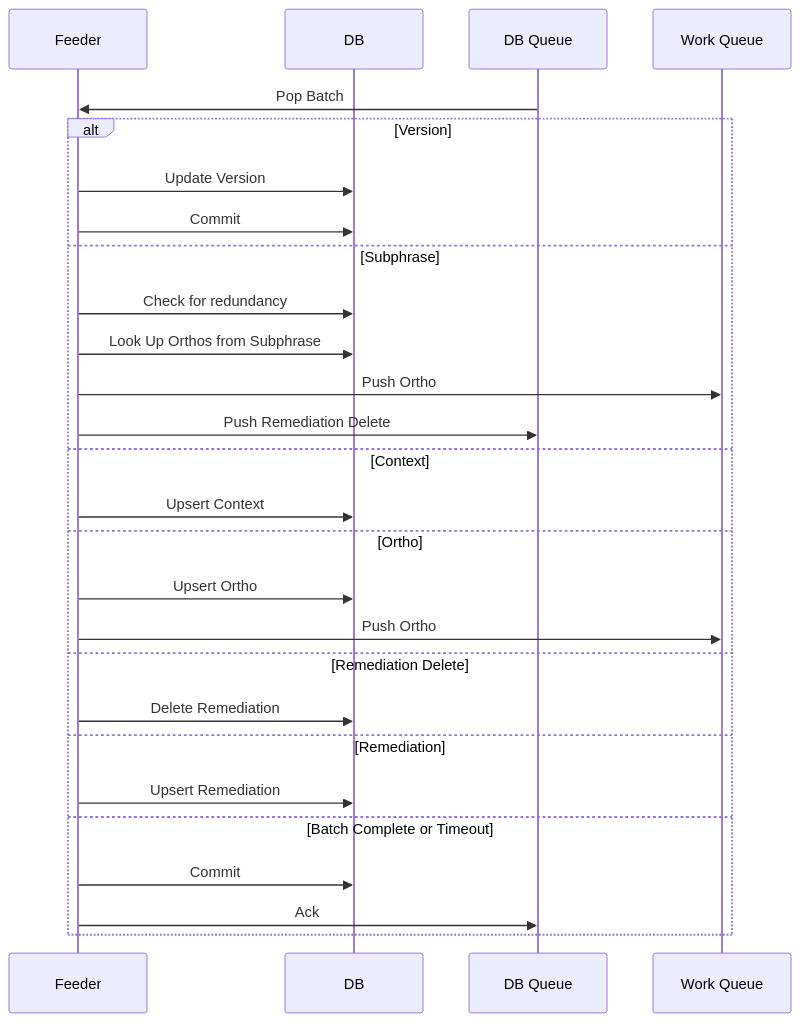
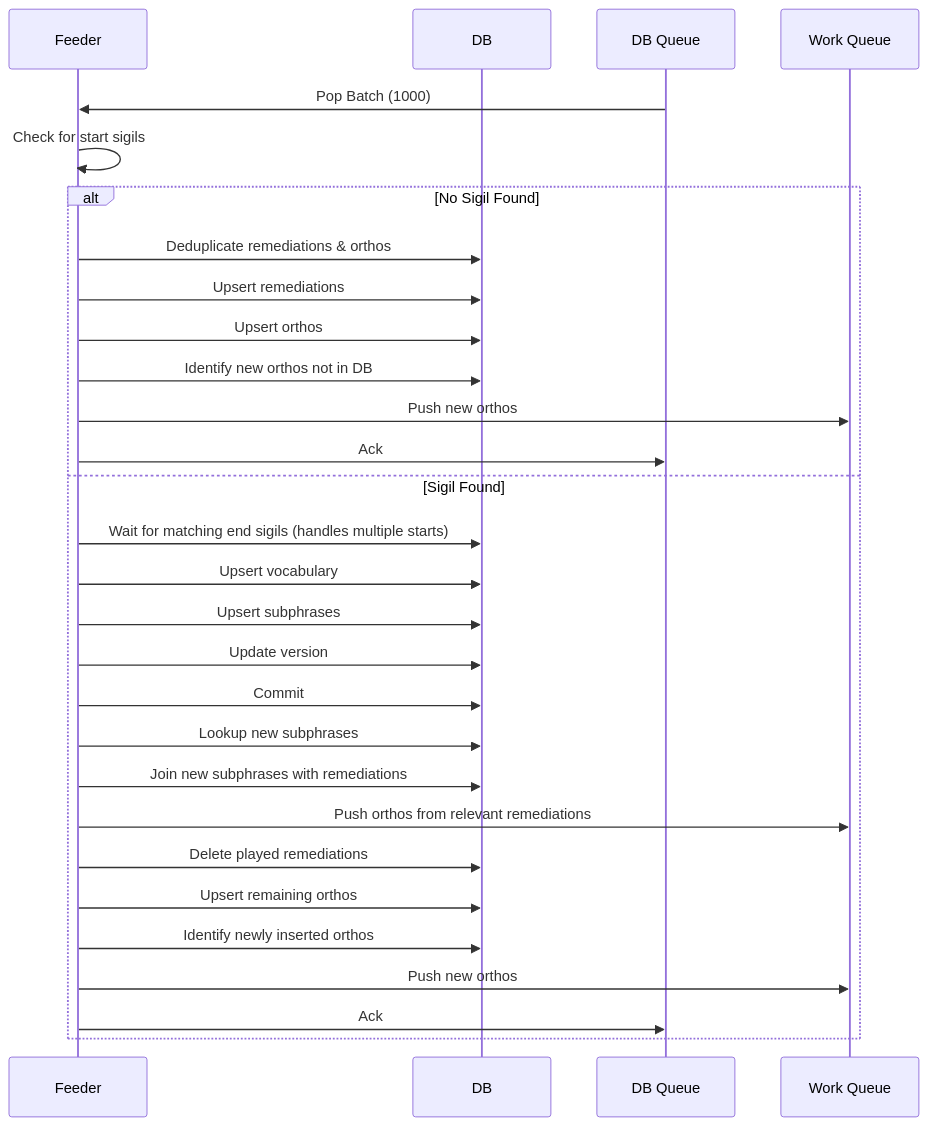
Before and after one commit to michaelrauh/crochet: the diagram in design/feeder_process.md, drawn with Mermaid. The commit also changed 2 other files, not shown here.

Commit message:
update design - remove LRU, add note on sharding, refine approach for feeder

````diff
--- a/design/feeder_process.md
+++ b/design/feeder_process.md
@@ -1,30 +1,33 @@
 ```mermaid
 sequenceDiagram
     participant Feeder
     participant DB
-    participant DB Queue
-    participant Work Queue
-  
-    DB Queue->>Feeder: Pop Batch
-    alt Version 
-        Feeder->>DB: Update Version
-        Feeder->>DB: Commit  
-    else Subphrase
-        Feeder->>DB: Check for redundancy
-        Feeder->>DB: Look Up Orthos from Subphrase  
-        Feeder->>Work Queue: Push Ortho
-        Feeder->>DB Queue: Push Remediation Delete
-    else Context
-        Feeder->>DB: Upsert Context
-    else Ortho 
-        Feeder->>DB: Upsert Ortho
-        Feeder->> Work Queue: Push Ortho 
-    else Remediation Delete
-        Feeder->>DB: Delete Remediation
-    else Remediation 
-        Feeder->>DB: Upsert Remediation
-    else Batch Complete or Timeout 
+    participant DBQueue as DB Queue
+    participant WorkQueue as Work Queue
+
+    DBQueue->>Feeder: Pop Batch (1000)
+
+    Feeder->>Feeder: Check for start sigils
+    alt No Sigil Found
+        Feeder->>DB: Deduplicate  remediations & orthos
+        Feeder->>DB: Upsert remediations
+        Feeder->>DB: Upsert orthos
+        Feeder->>DB: Identify new orthos not in DB
+        Feeder->>WorkQueue: Push new orthos
+        Feeder->>DBQueue: Ack
+    else Sigil Found
+        Feeder->>DB: Wait for matching end sigils (handles multiple starts)
+        Feeder->>DB: Upsert vocabulary
+        Feeder->>DB: Upsert subphrases
+        Feeder->>DB: Update version
         Feeder->>DB: Commit
-        Feeder->>DB Queue: Ack
+        Feeder->>DB: Lookup new subphrases
+        Feeder->>DB: Join new subphrases with remediations
+        Feeder->>WorkQueue: Push orthos from relevant remediations
+        Feeder->>DB: Delete played remediations
+        Feeder->>DB: Upsert remaining orthos
+        Feeder->>DB: Identify newly inserted orthos
+        Feeder->>WorkQueue: Push new orthos
+        Feeder->>DBQueue: Ack
     end
-``` 
+```
````
